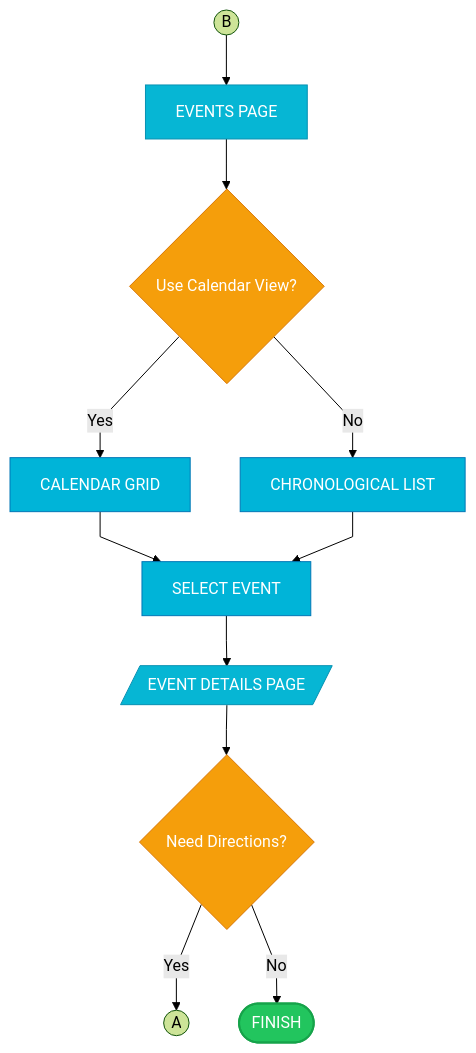
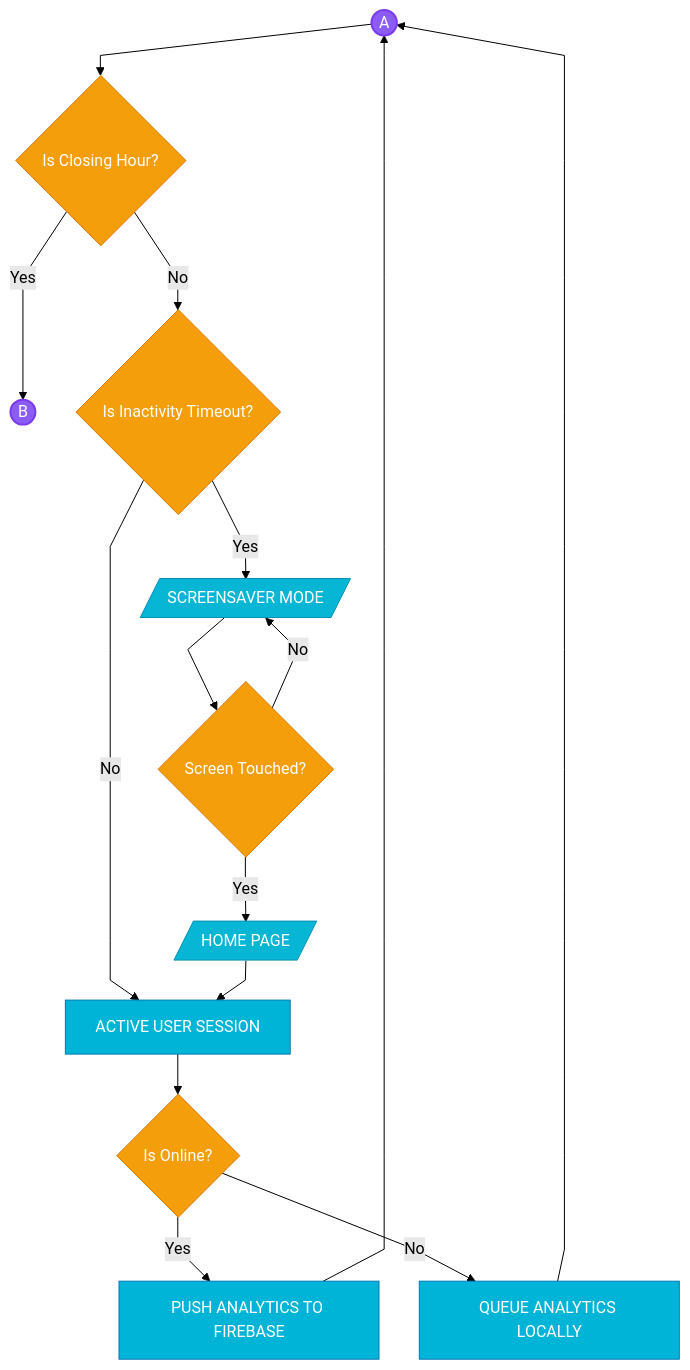
One commit to Yui1003/iCCAT changed the third of 7 diagrams in iCCAT-Academic-Flowcharts-Printable.md. Above: the diagram before and after it, drawn with Mermaid (forest theme). The commit also changed other lines of this file, not shown here.

First line of the commit message:
Add kiosk startup and operational loop flowcharts to the documentation

````diff
--- a/iCCAT-Academic-Flowcharts-Printable.md
+++ b/iCCAT-Academic-Flowcharts-Printable.md
@@ -89,26 +83,34 @@
 ```mermaid
-%%{init: {'flowchart': {'curve': 'linear', 'nodeSpacing': 50, 'rankSpacing': 50}}}%%
+%%{init: {'flowchart': {'curve': 'linear', 'nodeSpacing': 40, 'rankSpacing': 40}}}%%
 flowchart TB
     classDef startEnd fill:#22c55e,stroke:#16a34a,color:#fff,stroke-width:2px,rx:20,ry:20
     classDef display fill:#06b6d4,stroke:#0891b2,color:#fff
     classDef action fill:#00b4d8,stroke:#0077b6,color:#fff
     classDef decision fill:#f59e0b,stroke:#d97706,color:#fff
+    classDef connector fill:#8b5cf6,stroke:#7c3aed,color:#fff,stroke-width:2px
     
-    B((B)) --> EVENTS[EVENTS PAGE]
-    EVENTS --> VIEW_MODE{Use Calendar View?}
-    VIEW_MODE -->|Yes| CAL[CALENDAR GRID]
-    VIEW_MODE -->|No| LST[CHRONOLOGICAL LIST]
+    CONN_A((A)) --> TIME_CHK{Is Closing Hour?}
+    TIME_CHK -->|Yes| CONN_B((B))
+    TIME_CHK -->|No| IDLE_CHK{Is Inactivity Timeout?}
     
-    CAL --> SEL[SELECT EVENT]
-    LST --> SEL
-    SEL --> DETAILS[/EVENT DETAILS PAGE/]
+    IDLE_CHK -->|Yes| SCR[/SCREENSAVER MODE/]
+    IDLE_CHK -->|No| ACTIVE[ACTIVE USER SESSION]
     
-    DETAILS --> NAV_CHECK{Need Directions?}
-    NAV_CHECK -->|Yes| A((A))
-    NAV_CHECK -->|No| FINISH([FINISH])
+    SCR --> WAKE{Screen Touched?}
+    WAKE -->|Yes| HOME[/HOME PAGE/]
+    WAKE -->|No| SCR
+    
+    HOME --> ACTIVE
+    ACTIVE --> SYNC_CHK{Is Online?}
+    
+    SYNC_CHK -->|Yes| PUSH[PUSH ANALYTICS TO FIREBASE]
+    SYNC_CHK -->|No| QUEUE[QUEUE ANALYTICS LOCALLY]
+    
+    PUSH --> CONN_A
+    QUEUE --> CONN_A
 
-    class FINISH startEnd
-    class EVENTS,DETAILS display
-    class CAL,LST,SEL action
-    class VIEW_MODE,NAV_CHECK decision
+    class HOME,SCR display
+    class ACTIVE,PUSH,QUEUE action
+    class TIME_CHK,IDLE_CHK,WAKE,SYNC_CHK decision
+    class CONN_A,CONN_B connector
 ```
````
